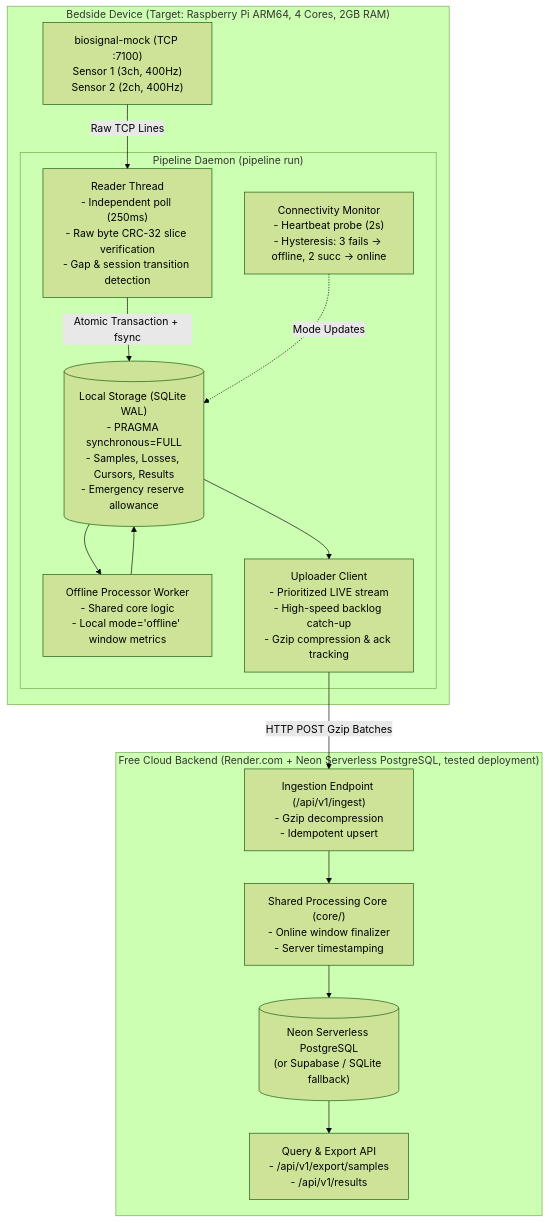
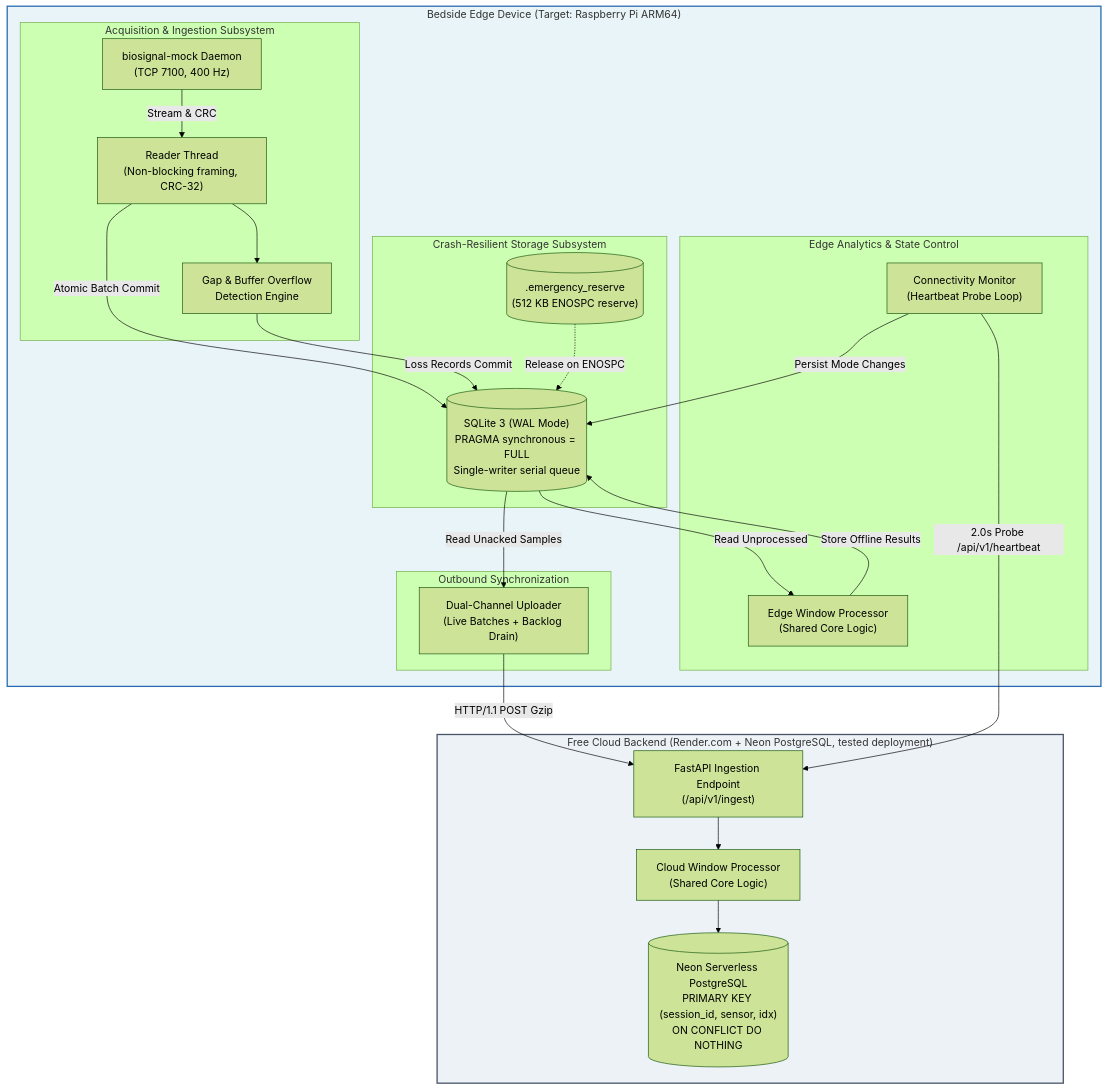
One commit to MukulVerma14/MayaCardio changed the diagram in DESIGN.md. Above: the diagram before and after it, drawn with Mermaid (forest theme). The commit also changed other lines of this file and 3 other files, not shown here.

Commit message:
docs: correct claims, report measured Render throughput, flapping, and silent gap findings

````diff
--- a/DESIGN.md
+++ b/DESIGN.md
@@ -7,32 +9,49 @@
 ```mermaid
 flowchart TD
-    subgraph Device ["Bedside Device (Target: Raspberry Pi ARM64, 4 Cores, 2GB RAM)"]
-        Mock["biosignal-mock (TCP :7100)\nSensor 1 (3ch, 400Hz)\nSensor 2 (2ch, 400Hz)"]
-        
-        subgraph Pipeline ["Pipeline Daemon (pipeline run)"]
-            Reader["Reader Thread\n- Independent poll (250ms)\n- Raw byte CRC-32 slice verification\n- Gap & session transition detection"]
-            Storage[("Local Storage (SQLite WAL)\n- PRAGMA synchronous=FULL\n- Samples, Losses, Cursors, Results\n- Emergency reserve allowance")]
-            OfflineProc["Offline Processor Worker\n- Shared core logic\n- Local mode='offline' window metrics"]
-            ConnMon["Connectivity Monitor\n- Heartbeat probe (2s)\n- Hysteresis: 3 fails -> offline, 2 succ -> online"]
-            Uploader["Uploader Client\n- Prioritized LIVE stream\n- High-speed backlog catch-up\n- Gzip compression & ack tracking"]
+    subgraph Edge ["Bedside Edge Device (Target: Raspberry Pi ARM64)"]
+        subgraph Acquisition ["Acquisition & Ingestion Subsystem"]
+            Mock["biosignal-mock Daemon\n(TCP 7100, 400 Hz)"]
+            Reader["Reader Thread\n(Non-blocking framing, CRC-32)"]
+            LossDetect["Gap & Buffer Overflow\nDetection Engine"]
+            Mock -->|Stream & CRC| Reader
+            Reader --> LossDetect
+        end
+
+        subgraph LocalStore ["Crash-Resilient Storage Subsystem"]
+            DB[("SQLite 3 (WAL Mode)\nPRAGMA synchronous = FULL\nSingle-writer serial queue")]
+            ReserveFile[(".emergency_reserve\n(512 KB ENOSPC reserve)")]
+            Reader -->|Atomic Batch Commit| DB
+            LossDetect -->|Loss Records Commit| DB
+            ReserveFile -.->|Release on ENOSPC| DB
+        end
+
+        subgraph EdgeProc ["Edge Analytics & State Control"]
+            ConnMon["Connectivity Monitor\n(Heartbeat Probe Loop)"]
+            OfflineProc["Edge Window Processor\n(Shared Core Logic)"]
+            DB -->|Read Unprocessed| OfflineProc
+            OfflineProc -->|Store Offline Results| DB
+            ConnMon -->|Persist Mode Changes| DB
+        end
+
+        subgraph Dispatch ["Outbound Synchronization"]
+            Uploader["Dual-Channel Uploader\n(Live Batches + Backlog Drain)"]
+            DB -->|Read Unacked Samples| Uploader
         end
     end
 
-    subgraph Cloud ["Free Cloud Backend (Render.com + Neon Serverless PostgreSQL, tested deployment)"]
-        IngestAPI["Ingestion Endpoint (/api/v1/ingest)\n- Gzip decompression\n- Idempotent upsert"]
-        CloudCore["Shared Processing Core (core/)\n- Online window finalizer\n- Server timestamping"]
-        CloudStore[("Neon Serverless PostgreSQL\n(or Supabase / SQLite fallback)")]
-        ExportAPI["Query & Export API\n- /api/v1/export/samples\n- /api/v1/results"]
+    subgraph RemoteCloud ["Free Cloud Backend (Render.com + Neon PostgreSQL, tested deployment)"]
+        IngestAPI["FastAPI Ingestion Endpoint\n(/api/v1/ingest)"]
+        CloudProc["Cloud Window Processor\n(Shared Core Logic)"]
+        CloudDB[("Neon Serverless PostgreSQL\nPRIMARY KEY (session_id, sensor, idx)\nON CONFLICT DO NOTHING")]
+        
+        Uploader -->|HTTP/1.1 POST Gzip| IngestAPI
+        ConnMon -->|2.0s Probe /api/v1/heartbeat| IngestAPI
+        IngestAPI --> CloudProc
+        CloudProc --> CloudDB
     end
 
-    Mock -->|Raw TCP Lines| Reader
-    Reader -->|Atomic Transaction + fsync| Storage
-    Storage --> OfflineProc
-    OfflineProc --> Storage
-    ConnMon -.->|Mode Updates| Storage
-    Storage --> Uploader
-    Uploader -->|HTTP POST Gzip Batches| IngestAPI
-    IngestAPI --> CloudCore
-    CloudCore --> CloudStore
-    CloudStore --> ExportAPI
+    classDef edgeStyle fill:#e8f4f8,stroke:#2b6cb0,stroke-width:2px;
+    classDef cloudStyle fill:#edf2f7,stroke:#4a5568,stroke-width:2px;
+    class Edge edgeStyle;
+    class RemoteCloud cloudStyle;
 ```
````
